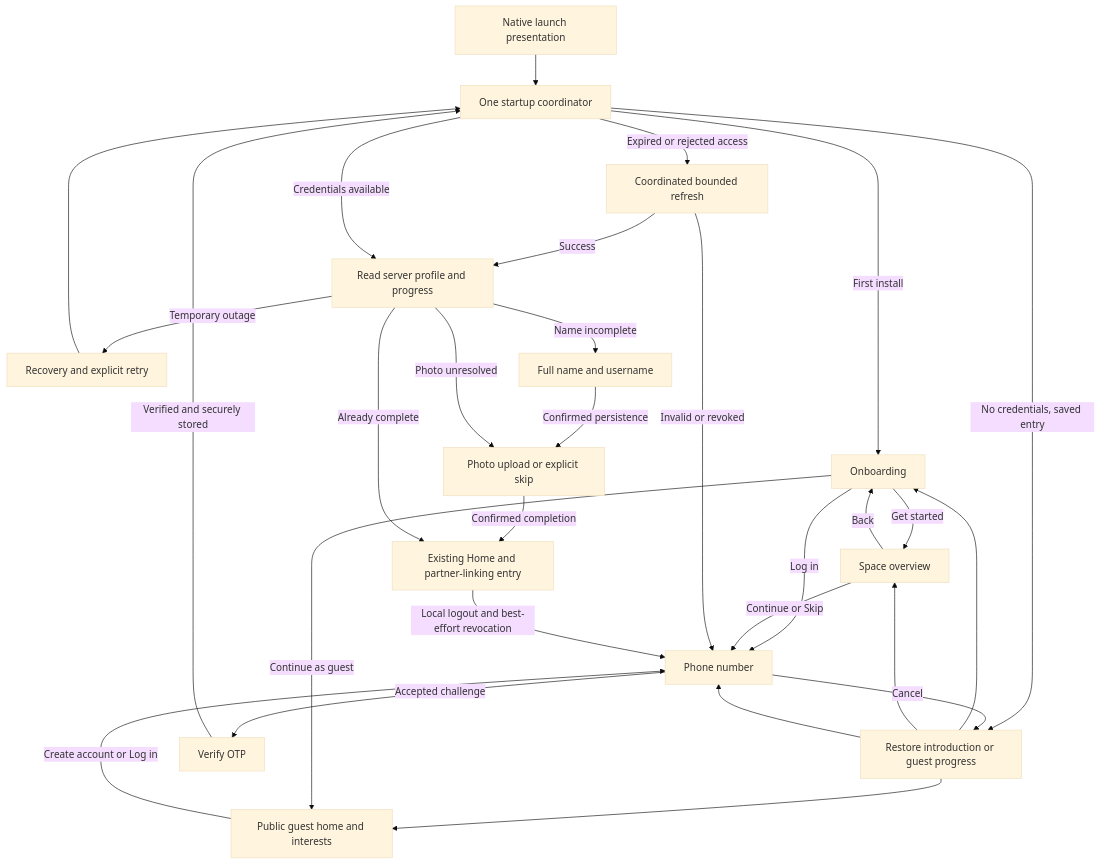
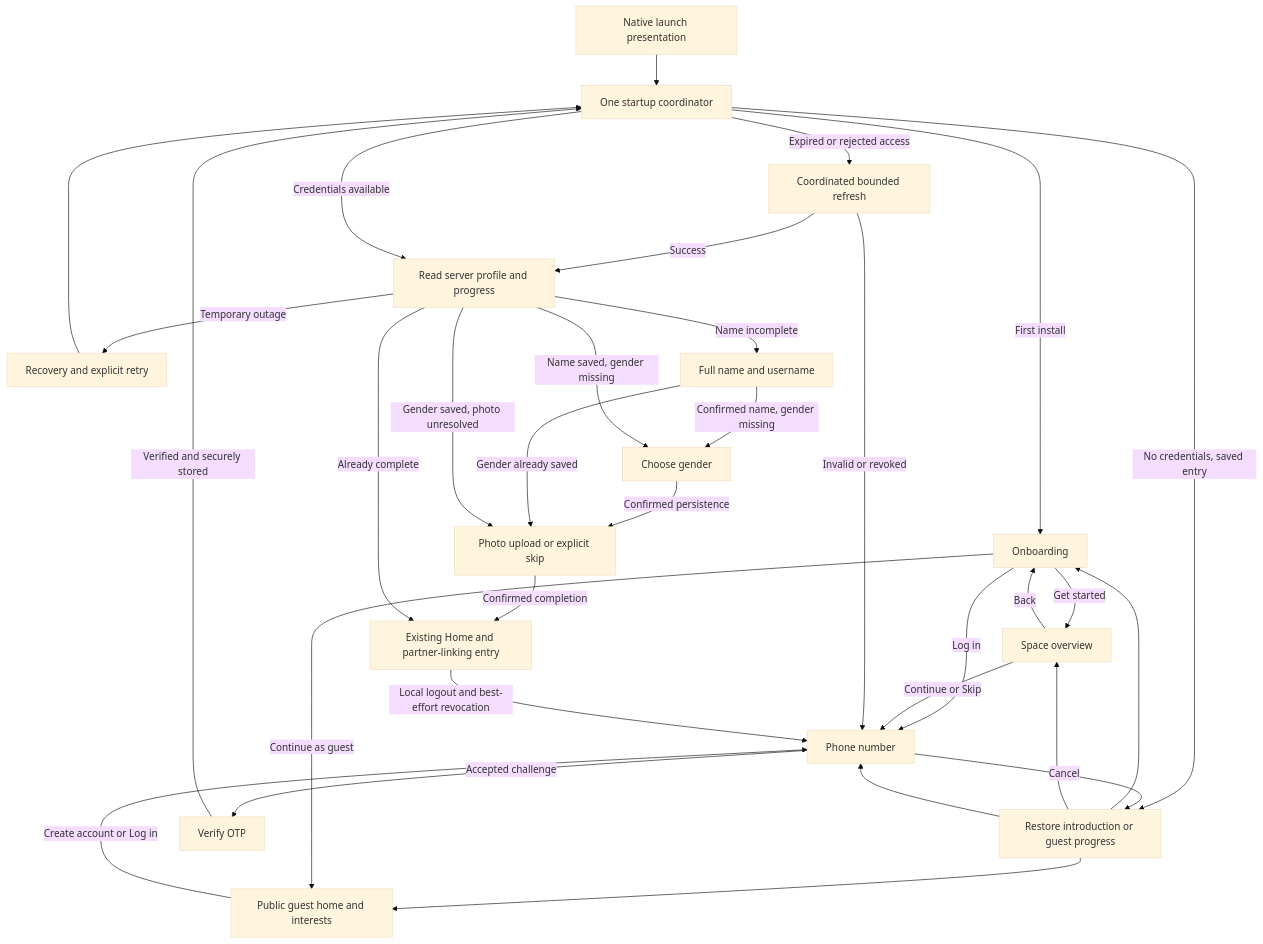
One commit to SriZan12/SriSu changed the diagram in docs/flows/authentication.md. Above: the diagram before and after it, drawn with Mermaid (base theme). The commit also changed other lines of this file and 15 other files, not shown here.

Commit message:
Restore gender selection between name and photo onboarding

````diff
--- a/docs/flows/authentication.md
+++ b/docs/flows/authentication.md
@@ -55,31 +55,34 @@
 ```mermaid
 flowchart TD
   Launch[Native launch presentation] --> Bootstrap[One startup coordinator]
   Bootstrap -->|First install| Welcome[Onboarding]
   Bootstrap -->|No credentials, saved entry| Entry[Restore introduction or guest progress]
   Entry --> Welcome
   Entry --> Space[Space overview]
   Entry --> Guest[Public guest home and interests]
   Entry --> Phone[Phone number]
   Welcome -->|Get started| Space
   Welcome -->|Continue as guest| Guest
   Welcome -->|Log in| Phone
   Space -->|Continue or Skip| Phone
   Space -->|Back| Welcome
   Guest -->|Create account or Log in| Phone
   Phone -->|Cancel| Entry
   Bootstrap -->|Expired or rejected access| Refresh[Coordinated bounded refresh]
   Refresh -->|Success| Profile[Read server profile and progress]
   Bootstrap -->|Credentials available| Profile
   Profile -->|Temporary outage| Retry[Recovery and explicit retry]
   Retry --> Bootstrap
   Refresh -->|Invalid or revoked| Phone
   Phone -->|Accepted challenge| OTP[Verify OTP]
   OTP -->|Verified and securely stored| Bootstrap
   Profile -->|Name incomplete| Name[Full name and username]
-  Name -->|Confirmed persistence| Photo[Photo upload or explicit skip]
-  Profile -->|Photo unresolved| Photo
+  Name -->|Confirmed name, gender missing| Gender[Choose gender]
+  Profile -->|Name saved, gender missing| Gender
+  Gender -->|Confirmed persistence| Photo[Photo upload or explicit skip]
+  Name -->|Gender already saved| Photo
+  Profile -->|Gender saved, photo unresolved| Photo
   Photo -->|Confirmed completion| Main[Existing Home and partner-linking entry]
   Profile -->|Already complete| Main
   Main -->|Local logout and best-effort revocation| Phone
 ```
````
